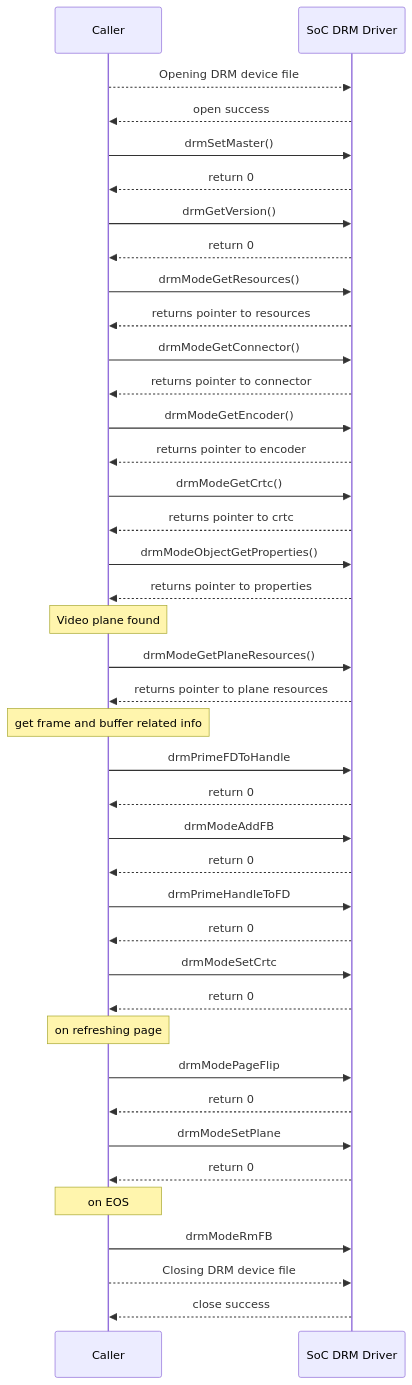
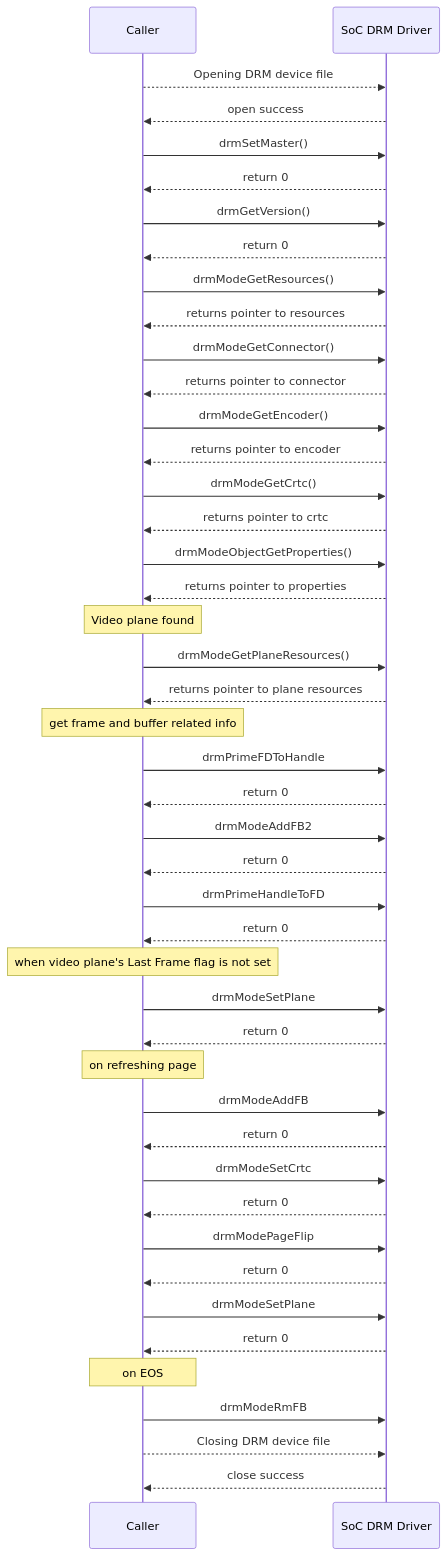
The second of 2 diagrams in docs/pages/libdrm_halSpec.md (rdkcentral/rdk-halif-libdrm), drawn with Mermaid before and after one commit. The commit also changed other lines of this file, not shown here.

Commit message:
Update libdrm_halSpec.md
Updated libdrm_halSpec.md for last 2 review comments.

````diff
--- a/docs/pages/libdrm_halSpec.md
+++ b/docs/pages/libdrm_halSpec.md
@@ -188,49 +188,55 @@
 ```mermaid
 
 sequenceDiagram
 participant Caller
 participant SoC DRM Driver
 
 Caller-->>SoC DRM Driver: Opening DRM device file
 SoC DRM Driver-->>Caller: open success
 Caller->>SoC DRM Driver:drmSetMaster()
 SoC DRM Driver-->>Caller:return 0
 Caller->>SoC DRM Driver:drmGetVersion()
 SoC DRM Driver-->>Caller:return 0
 Caller->>SoC DRM Driver:drmModeGetResources()
 SoC DRM Driver-->>Caller: returns pointer to resources
 Caller->>SoC DRM Driver:drmModeGetConnector()
 SoC DRM Driver-->>Caller: returns pointer to connector
 Caller->>SoC DRM Driver:drmModeGetEncoder()
 SoC DRM Driver-->>Caller:returns pointer to encoder
 Caller->>SoC DRM Driver:drmModeGetCrtc()
 SoC DRM Driver-->>Caller:returns pointer to crtc
 Caller->>SoC DRM Driver:drmModeObjectGetProperties()
 SoC DRM Driver-->>Caller:returns pointer to properties
 
 Note over Caller:Video plane found
 Caller->>SoC DRM Driver:drmModeGetPlaneResources()
 SoC DRM Driver-->>Caller:returns pointer to plane resources
 
 Note over Caller: get frame and buffer related info
 Caller->>SoC DRM Driver:drmPrimeFDToHandle
 SoC DRM Driver-->>Caller:return 0
-Caller->>SoC DRM Driver:drmModeAddFB
+Caller->>SoC DRM Driver:drmModeAddFB2
 SoC DRM Driver-->>Caller:return 0
 Caller->>SoC DRM Driver:drmPrimeHandleToFD
 SoC DRM Driver-->>Caller:return 0
-Caller->>SoC DRM Driver:drmModeSetCrtc
+
+Note over Caller: when video plane's Last Frame flag is not set
+Caller->>SoC DRM Driver:drmModeSetPlane
 SoC DRM Driver-->>Caller:return 0
 
 Note over Caller: on refreshing page
+Caller->>SoC DRM Driver:drmModeAddFB
+SoC DRM Driver-->>Caller:return 0
+Caller->>SoC DRM Driver:drmModeSetCrtc
+SoC DRM Driver-->>Caller:return 0
 Caller->>SoC DRM Driver:drmModePageFlip
 SoC DRM Driver-->>Caller:return 0
 Caller->>SoC DRM Driver:drmModeSetPlane
 SoC DRM Driver-->>Caller:return 0
 
 Note over Caller: on EOS
 Caller->>SoC DRM Driver:drmModeRmFB
 Caller-->>SoC DRM Driver: Closing DRM device file
 SoC DRM Driver-->>Caller: close success
 
 ```
````
